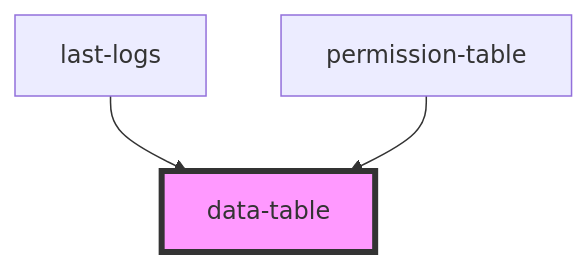
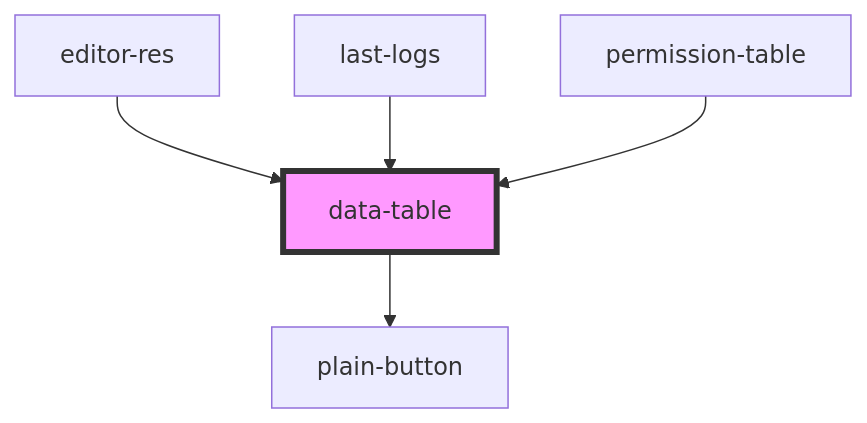
One commit to techvariable/NeptuneConnectComponents changed the diagram in src/components/common/items/data-table/readme.md. Above: the diagram before and after it, drawn with Mermaid. The commit also changed other lines of this file and 33 other files, not shown here.

````diff
--- a/src/components/common/items/data-table/readme.md
+++ b/src/components/common/items/data-table/readme.md
@@ -27,6 +38,8 @@
 ```mermaid
 graph TD;
+  data-table --> plain-button
+  editor-res --> data-table
   last-logs --> data-table
   permission-table --> data-table
   style data-table fill:#f9f,stroke:#333,stroke-width:4px
 ```
````
